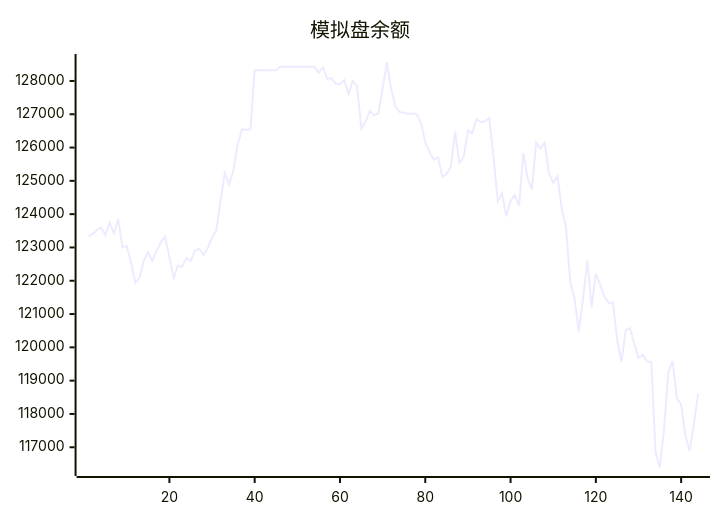
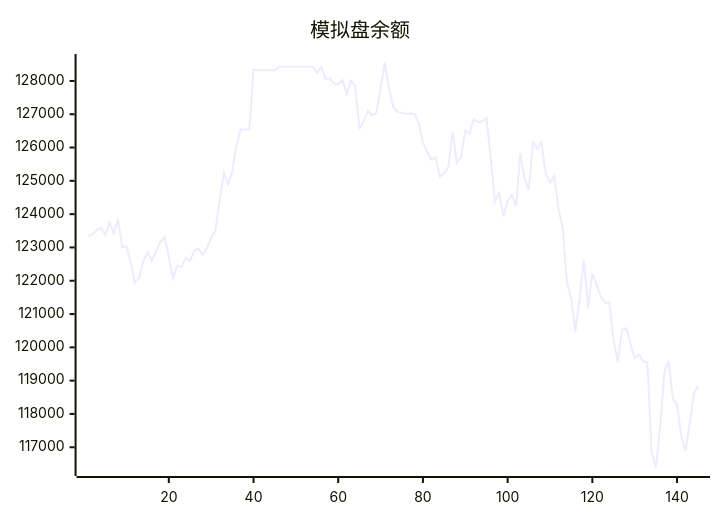
Before and after one commit to aahl/ai-trading: the diagram in README.md, drawn with Mermaid. The commit also changed other lines of this file and 1 other file, not shown here.

````diff
--- a/README.md
+++ b/README.md
@@ -5,5 +5,5 @@
 ```mermaid
 xychart
     title "模拟盘余额"
-    line [123338,123402,123530,123592,123378,123745,123413,123853,123009,123040,122557,121938,122095,122599,122856,122597,122898,123160,123319,122719,122087,122454,122416,122685,122592,122907,122961,122776,122981,123295,123507,124403,125224,124894,125303,126088,126544,126534,126549,128335,128318,128318,128318,128318,128318,128424,128424,128424,128424,128424,128424,128424,128424,128424,128247,128412,128062,128087,127917,127901,128026,127611,128000,127850,126572,126770,127100,126971,127029,127783,128554,127765,127224,127064,127044,127009,127025,127004,126738,126152,125871,125635,125707,125117,125217,125420,126480,125545,125715,126511,126424,126856,126764,126788,126890,125710,124381,124632,123936,124402,124574,124256,125833,125070,124739,126154,125966,126145,125213,124943,125143,124157,123604,121959,121476,120476,121470,122610,121201,122221,121889,121522,121332,121344,120232,119559,120513,120577,120108,119680,119777,119572,119568,116839,116392,117573,119250,119585,118469,118277,117338,116897,117706,118628]
+    line [123338,123402,123530,123592,123378,123745,123413,123853,123009,123040,122557,121938,122095,122599,122856,122597,122898,123160,123319,122719,122087,122454,122416,122685,122592,122907,122961,122776,122981,123295,123507,124403,125224,124894,125303,126088,126544,126534,126549,128335,128318,128318,128318,128318,128318,128424,128424,128424,128424,128424,128424,128424,128424,128424,128247,128412,128062,128087,127917,127901,128026,127611,128000,127850,126572,126770,127100,126971,127029,127783,128554,127765,127224,127064,127044,127009,127025,127004,126738,126152,125871,125635,125707,125117,125217,125420,126480,125545,125715,126511,126424,126856,126764,126788,126890,125710,124381,124632,123936,124402,124574,124256,125833,125070,124739,126154,125966,126145,125213,124943,125143,124157,123604,121959,121476,120476,121470,122610,121201,122221,121889,121522,121332,121344,120232,119559,120513,120577,120108,119680,119777,119572,119568,116839,116392,117573,119250,119585,118469,118277,117338,116897,117706,118628,118849]
 ```
````
